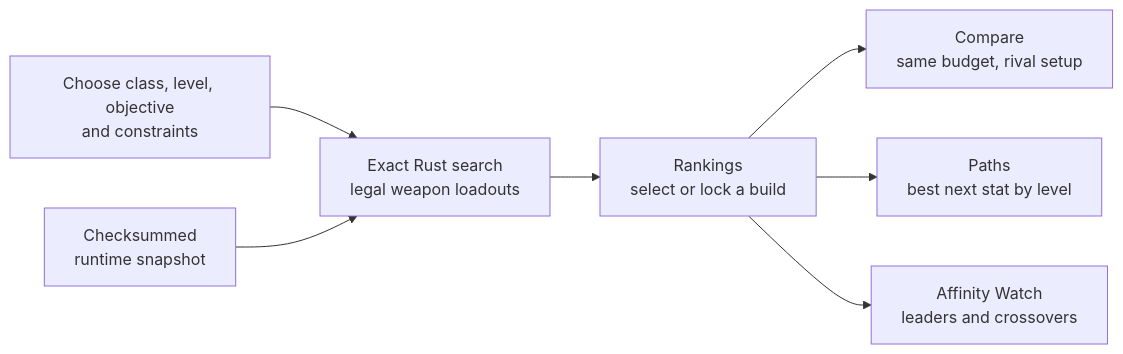
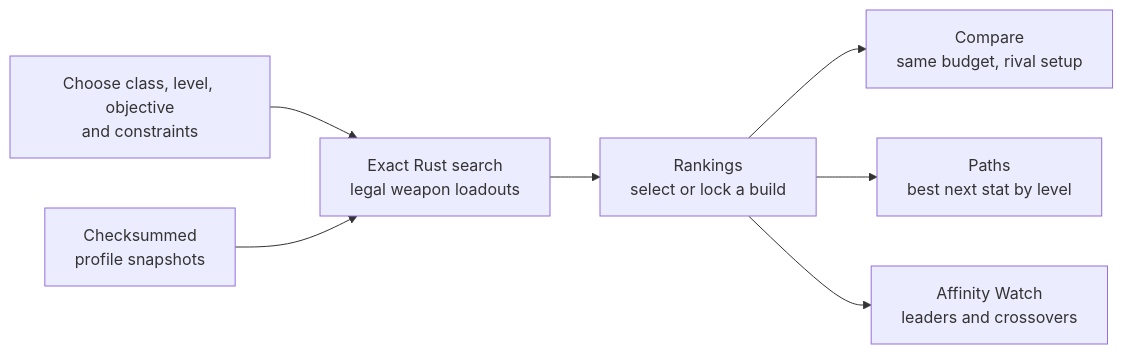
The diagram in README.md (FueledByRedBull/tarnisheds-arsenal), drawn with Mermaid before and after one commit. The commit also changed other lines of this file and 82 other files, not shown here.

````diff
--- a/README.md
+++ b/README.md
@@ -27,9 +27,9 @@
 ```mermaid
 flowchart LR
     Q["Choose class, level, objective<br/>and constraints"] --> S["Exact Rust search<br/>legal weapon loadouts"]
     S --> R["Rankings<br/>select or lock a build"]
     R --> C["Compare<br/>same budget, rival setup"]
     R --> P["Paths<br/>best next stat by level"]
     R --> A["Affinity Watch<br/>leaders and crossovers"]
-    D["Checksummed<br/>runtime snapshot"] --> S
+    D["Checksummed<br/>profile snapshots"] --> S
 ```
````
